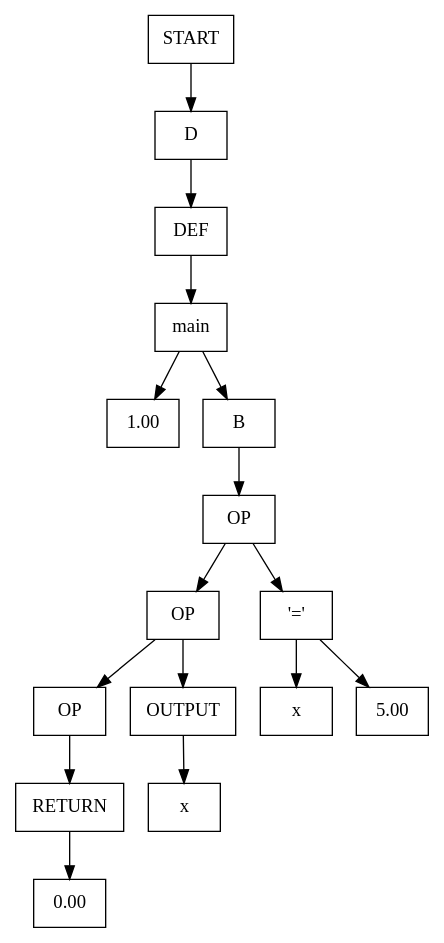
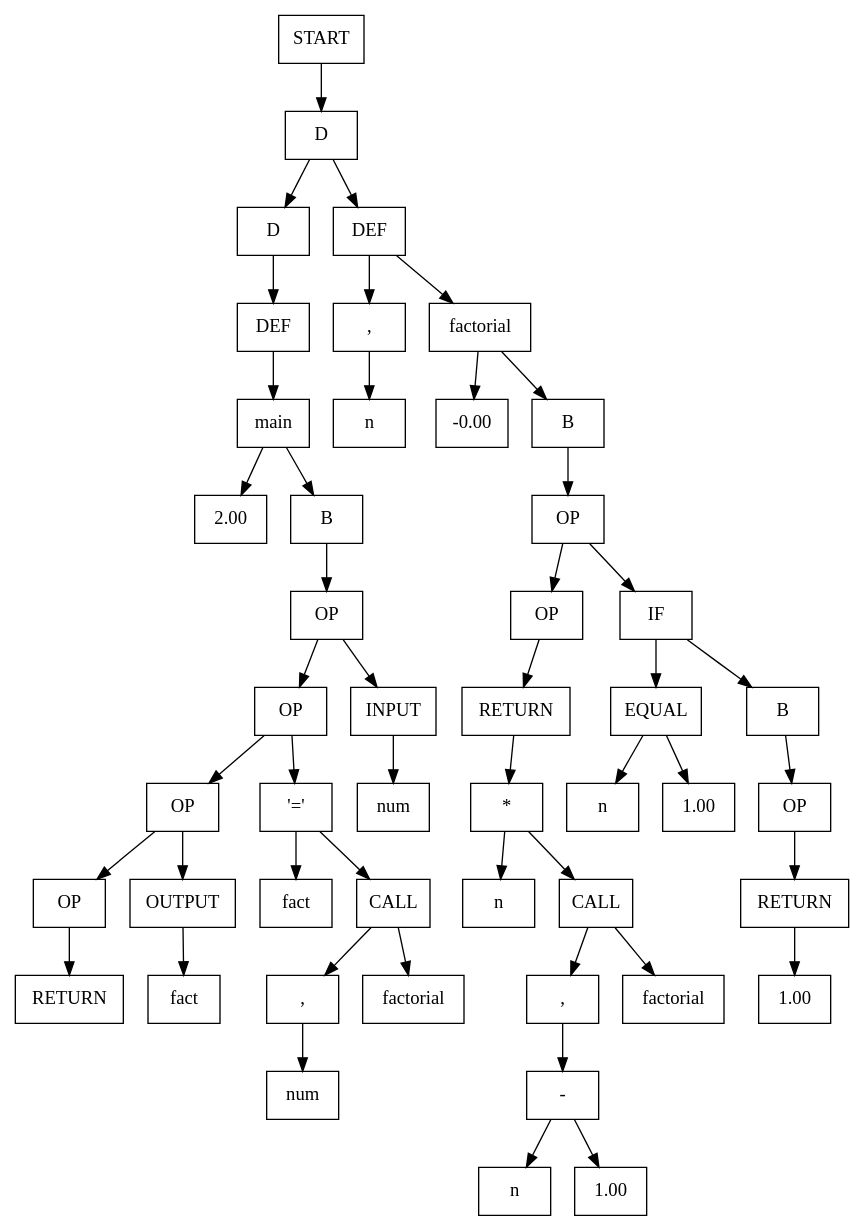
Before and after one commit to AnastasMIPT/Language: the diagram in resources/output.dot, drawn with Graphviz. The commit also changed 4 other files, not shown here.

```diff
--- a/resources/output.dot
+++ b/resources/output.dot
@@ -1,33 +1,95 @@
 digraph {
-node0x5589b96fac50 [label="START", shape=box];
-node0x5589b96fb490 [label="D", shape=box];
-node0x5589b96fac50 -> node0x5589b96fb490
-node0x5589b96facc0 [label="DEF", shape=box];
-node0x5589b96fb490 -> node0x5589b96facc0
-node0x5589b96fad30 [label="main", shape=box];
-node0x5589b96facc0 -> node0x5589b96fad30
-node0x5589b96fb6c0 [label="1.00", shape=box];
-node0x5589b96fb500 [label="B", shape=box];
-node0x5589b96fad30 -> node0x5589b96fb6c0
-node0x5589b96fad30 -> node0x5589b96fb500
-node0x5589b96fb570 [label="OP", shape=box];
-node0x5589b96fb500 -> node0x5589b96fb570
-node0x5589b96fb5e0 [label="OP", shape=box];
-node0x5589b96fafd0 [label="'='", shape=box];
-node0x5589b96fb570 -> node0x5589b96fb5e0
-node0x5589b96fb570 -> node0x5589b96fafd0
-node0x5589b96faf60 [label="x", shape=box];
-node0x5589b96fb040 [label="5.00", shape=box];
-node0x5589b96fafd0 -> node0x5589b96faf60
-node0x5589b96fafd0 -> node0x5589b96fb040
-node0x5589b96fb650 [label="OP", shape=box];
-node0x5589b96fb0e0 [label="OUTPUT", shape=box];
-node0x5589b96fb5e0 -> node0x5589b96fb650
-node0x5589b96fb5e0 -> node0x5589b96fb0e0
-node0x5589b96fb1c0 [label="x", shape=box];
-node0x5589b96fb0e0 -> node0x5589b96fb1c0
-node0x5589b96fb2a0 [label="RETURN", shape=box];
-node0x5589b96fb650 -> node0x5589b96fb2a0
-node0x5589b96fb310 [label="0.00", shape=box];
-node0x5589b96fb2a0 -> node0x5589b96fb310
+node0x55cf15e80c50 [label="START", shape=box];
+node0x55cf15e823a0 [label="D", shape=box];
+node0x55cf15e80c50 -> node0x55cf15e823a0
+node0x55cf15e828a0 [label="D", shape=box];
+node0x55cf15e80cc0 [label="DEF", shape=box];
+node0x55cf15e823a0 -> node0x55cf15e828a0
+node0x55cf15e823a0 -> node0x55cf15e80cc0
+node0x55cf15e82410 [label=",", shape=box];
+node0x55cf15e80d30 [label="factorial", shape=box];
+node0x55cf15e80cc0 -> node0x55cf15e82410
+node0x55cf15e80cc0 -> node0x55cf15e80d30
+node0x55cf15e82870 [label="-0.00", shape=box];
+node0x55cf15e82480 [label="B", shape=box];
+node0x55cf15e80d30 -> node0x55cf15e82870
+node0x55cf15e80d30 -> node0x55cf15e82480
+node0x55cf15e824f0 [label="OP", shape=box];
+node0x55cf15e82480 -> node0x55cf15e824f0
+node0x55cf15e82640 [label="OP", shape=box];
+node0x55cf15e80fd0 [label="IF", shape=box];
+node0x55cf15e824f0 -> node0x55cf15e82640
+node0x55cf15e824f0 -> node0x55cf15e80fd0
+node0x55cf15e81120 [label="EQUAL", shape=box];
+node0x55cf15e82560 [label="B", shape=box];
+node0x55cf15e80fd0 -> node0x55cf15e81120
+node0x55cf15e80fd0 -> node0x55cf15e82560
+node0x55cf15e825d0 [label="OP", shape=box];
+node0x55cf15e82560 -> node0x55cf15e825d0
+node0x55cf15e812a0 [label="RETURN", shape=box];
+node0x55cf15e825d0 -> node0x55cf15e812a0
+node0x55cf15e81310 [label="1.00", shape=box];
+node0x55cf15e812a0 -> node0x55cf15e81310
+node0x55cf15e810b0 [label="n", shape=box];
+node0x55cf15e81190 [label="1.00", shape=box];
+node0x55cf15e81120 -> node0x55cf15e810b0
+node0x55cf15e81120 -> node0x55cf15e81190
+node0x55cf15e81420 [label="RETURN", shape=box];
+node0x55cf15e82640 -> node0x55cf15e81420
+node0x55cf15e82800 [label="*", shape=box];
+node0x55cf15e81420 -> node0x55cf15e82800
+node0x55cf15e81490 [label="n", shape=box];
+node0x55cf15e826b0 [label="CALL", shape=box];
+node0x55cf15e82800 -> node0x55cf15e81490
+node0x55cf15e82800 -> node0x55cf15e826b0
+node0x55cf15e82790 [label=",", shape=box];
+node0x55cf15e81570 [label="factorial", shape=box];
+node0x55cf15e826b0 -> node0x55cf15e82790
+node0x55cf15e826b0 -> node0x55cf15e81570
+node0x55cf15e82720 [label="-", shape=box];
+node0x55cf15e82790 -> node0x55cf15e82720
+node0x55cf15e81650 [label="n", shape=box];
+node0x55cf15e81730 [label="1.00", shape=box];
+node0x55cf15e82720 -> node0x55cf15e81650
+node0x55cf15e82720 -> node0x55cf15e81730
+node0x55cf15e80e10 [label="n", shape=box];
+node0x55cf15e82410 -> node0x55cf15e80e10
+node0x55cf15e818b0 [label="DEF", shape=box];
+node0x55cf15e828a0 -> node0x55cf15e818b0
+node0x55cf15e81920 [label="main", shape=box];
+node0x55cf15e818b0 -> node0x55cf15e81920
+node0x55cf15e82c20 [label="2.00", shape=box];
+node0x55cf15e82910 [label="B", shape=box];
+node0x55cf15e81920 -> node0x55cf15e82c20
+node0x55cf15e81920 -> node0x55cf15e82910
+node0x55cf15e82980 [label="OP", shape=box];
+node0x55cf15e82910 -> node0x55cf15e82980
+node0x55cf15e829f0 [label="OP", shape=box];
+node0x55cf15e81b50 [label="INPUT", shape=box];
+node0x55cf15e82980 -> node0x55cf15e829f0
+node0x55cf15e82980 -> node0x55cf15e81b50
+node0x55cf15e81c30 [label="num", shape=box];
+node0x55cf15e81b50 -> node0x55cf15e81c30
+node0x55cf15e82b40 [label="OP", shape=box];
+node0x55cf15e81d80 [label="'='", shape=box];
+node0x55cf15e829f0 -> node0x55cf15e82b40
+node0x55cf15e829f0 -> node0x55cf15e81d80
+node0x55cf15e81d10 [label="fact", shape=box];
+node0x55cf15e82a60 [label="CALL", shape=box];
+node0x55cf15e81d80 -> node0x55cf15e81d10
+node0x55cf15e81d80 -> node0x55cf15e82a60
+node0x55cf15e82ad0 [label=",", shape=box];
+node0x55cf15e81df0 [label="factorial", shape=box];
+node0x55cf15e82a60 -> node0x55cf15e82ad0
+node0x55cf15e82a60 -> node0x55cf15e81df0
+node0x55cf15e81ed0 [label="num", shape=box];
+node0x55cf15e82ad0 -> node0x55cf15e81ed0
+node0x55cf15e82bb0 [label="OP", shape=box];
+node0x55cf15e82020 [label="OUTPUT", shape=box];
+node0x55cf15e82b40 -> node0x55cf15e82bb0
+node0x55cf15e82b40 -> node0x55cf15e82020
+node0x55cf15e82100 [label="fact", shape=box];
+node0x55cf15e82020 -> node0x55cf15e82100
+node0x55cf15e821e0 [label="RETURN", shape=box];
+node0x55cf15e82bb0 -> node0x55cf15e821e0
 }
```
